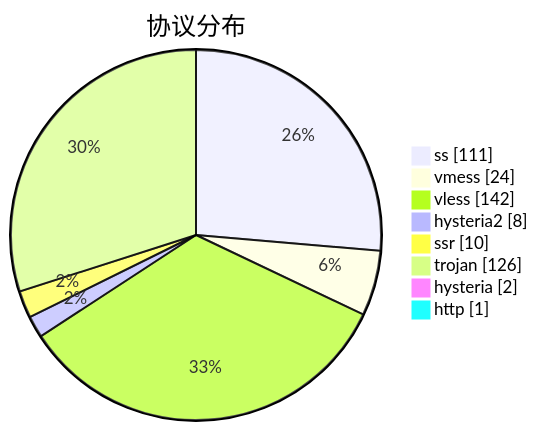
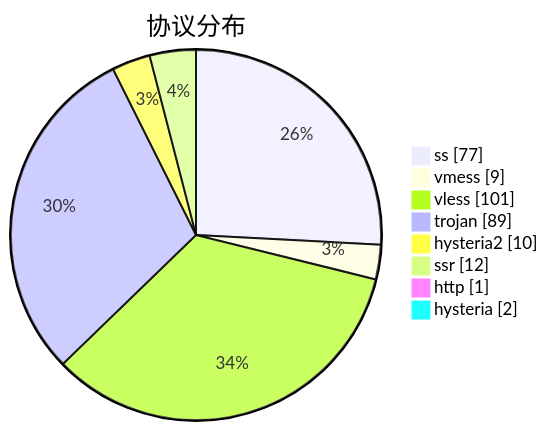
One commit to sinspired/airport changed the third of 3 diagrams in subs/statistics/tested_within.md. Above: the diagram before and after it, drawn with Mermaid. The commit also changed other lines of this file and 2 other files, not shown here.

````diff
--- a/subs/statistics/tested_within.md
+++ b/subs/statistics/tested_within.md
@@ -63,12 +56,12 @@
 ```mermaid
 pie showData
 title 协议分布
-"ss" : 111
-"vmess" : 24
-"vless" : 142
-"hysteria2" : 8
-"ssr" : 10
-"trojan" : 126
+"ss" : 77
+"vmess" : 9
+"vless" : 101
+"trojan" : 89
+"hysteria2" : 10
+"ssr" : 12
+"http" : 1
 "hysteria" : 2
-"http" : 1
 ```
````
